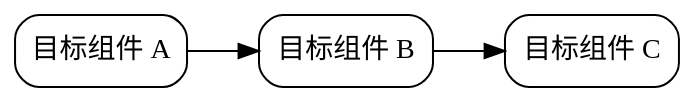
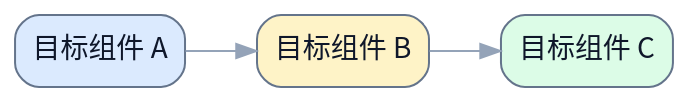
Before and after one commit to terencefan/inority-workspace: the second of 3 diagrams in skills/write-spec/tests/assets/reference-spec.md, drawn with Graphviz. The commit also changed other lines of this file and 28 other files, not shown here.

````diff
--- a/skills/write-spec/tests/assets/reference-spec.md
+++ b/skills/write-spec/tests/assets/reference-spec.md
@@ -35,13 +36,14 @@
 ```graphviz
 digraph TargetState {
   rankdir=LR;
-  graph [bgcolor="transparent"];
-  node [shape=box, style="rounded"];
+  graph [bgcolor="transparent", fontname="Noto Sans CJK SC"];
+  node [fontname="Noto Sans CJK SC", shape=box, style="rounded,filled", color="#64748b", fontcolor="#0f172a", fillcolor="#f8fafc"];
+  edge [fontname="Noto Sans CJK SC", color="#94a3b8", fontcolor="#94a3b8"];
 
-  target_a [label="目标组件 A"];
-  target_b [label="目标组件 B"];
-  target_c [label="目标组件 C"];
+  target_a [label="目标组件 A", fillcolor="#dbeafe"];
+  target_b [label="目标组件 B", fillcolor="#fef3c7"];
+  target_c [label="目标组件 C", fillcolor="#dcfce7"];
 
   target_a -> target_b -> target_c;
 }
 ```
````
